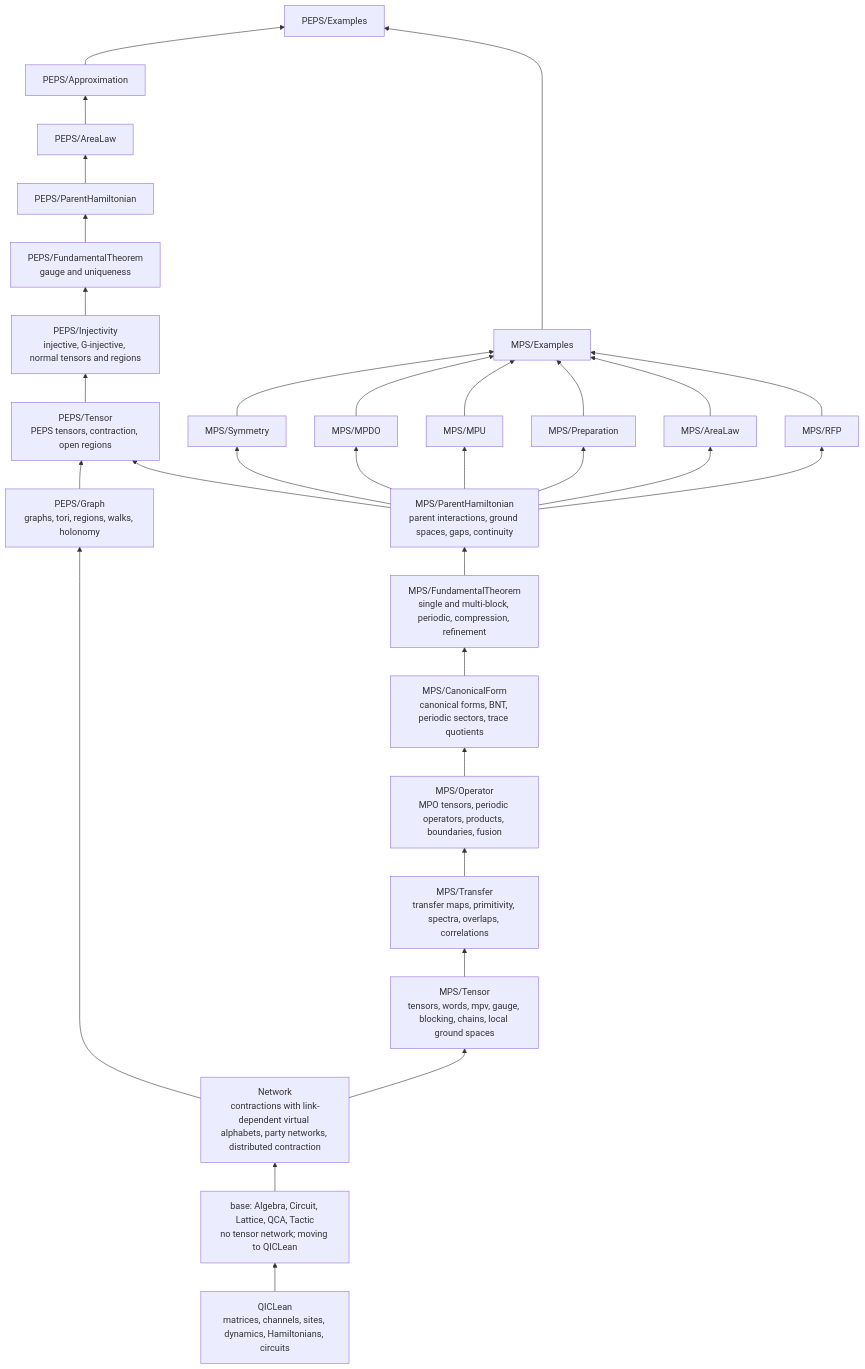
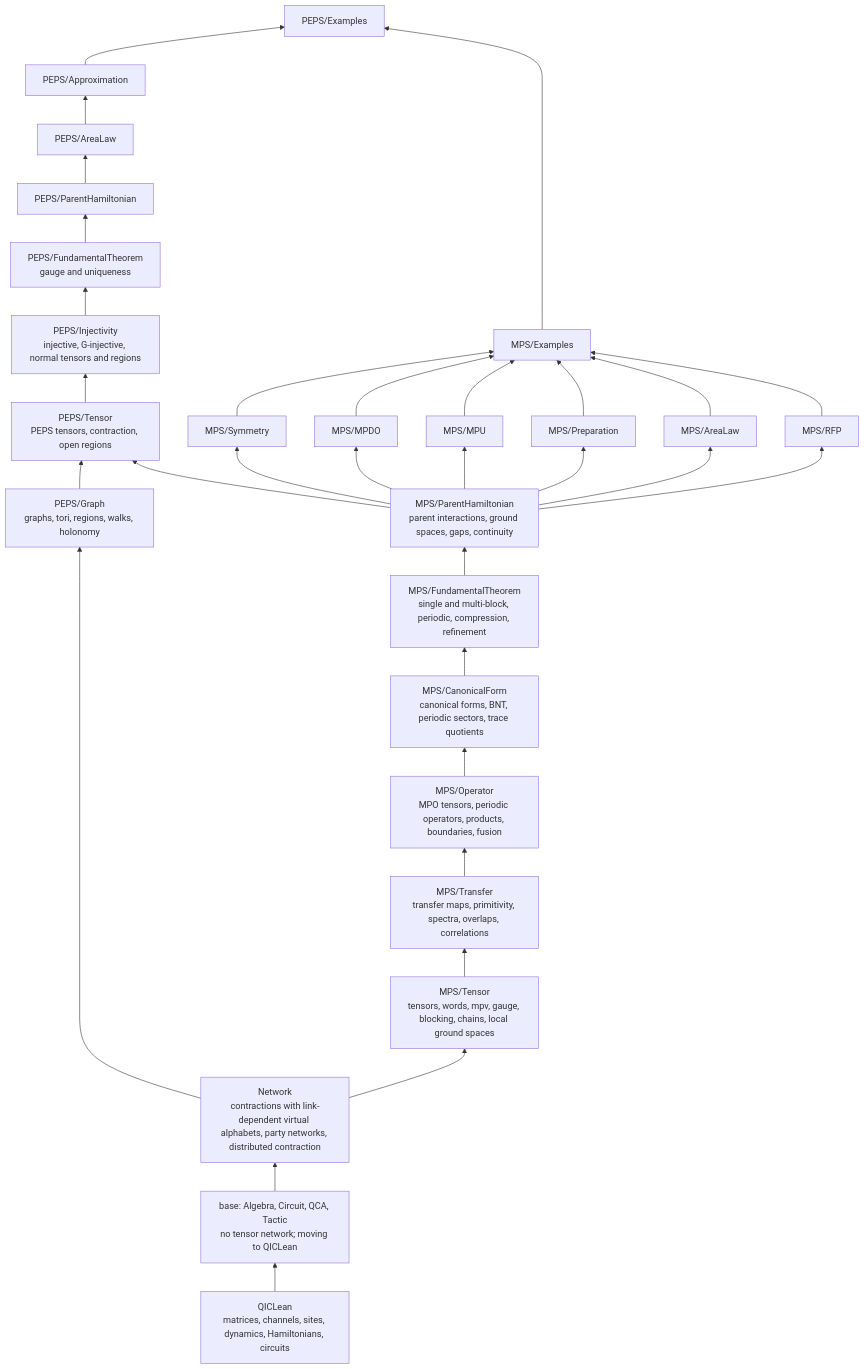
The diagram in docs/library_layers.md (LionSR/TNLean), drawn with Mermaid before and after one commit. The commit also changed other lines of this file and 6 other files, not shown here.

Commit message:
doc: TNLean/Lattice is gone; the party calculus is QICLean's

````diff
--- a/docs/library_layers.md
+++ b/docs/library_layers.md
@@ -91,43 +91,43 @@
 ```mermaid
 flowchart BT
   Q["QICLean<br/>matrices, channels, sites, dynamics, Hamiltonians, circuits"]
-  B["base: Algebra, Circuit, Lattice, QCA, Tactic<br/>no tensor network; moving to QICLean"]
+  B["base: Algebra, Circuit, QCA, Tactic<br/>no tensor network; moving to QICLean"]
   N["Network<br/>contractions with link-dependent virtual alphabets, party networks, distributed contraction"]
   T["MPS/Tensor<br/>tensors, words, mpv, gauge, blocking, chains, local ground spaces"]
   R["MPS/Transfer<br/>transfer maps, primitivity, spectra, overlaps, correlations"]
   O["MPS/Operator<br/>MPO tensors, periodic operators, products, boundaries, fusion"]
   C["MPS/CanonicalForm<br/>canonical forms, BNT, periodic sectors, trace quotients"]
   F["MPS/FundamentalTheorem<br/>single and multi-block, periodic, compression, refinement"]
   H["MPS/ParentHamiltonian<br/>parent interactions, ground spaces, gaps, continuity"]
   S["MPS/Symmetry"]
   D["MPS/MPDO"]
   U["MPS/MPU"]
   P["MPS/Preparation"]
   A["MPS/AreaLaw"]
   X["MPS/RFP"]
   E["MPS/Examples"]
   G["PEPS/Graph<br/>graphs, tori, regions, walks, holonomy"]
   PT["PEPS/Tensor<br/>PEPS tensors, contraction, open regions"]
   PI["PEPS/Injectivity<br/>injective, G-injective, normal tensors and regions"]
   PF["PEPS/FundamentalTheorem<br/>gauge and uniqueness"]
   PH["PEPS/ParentHamiltonian"]
   PA["PEPS/AreaLaw"]
   PP["PEPS/Approximation"]
   PE["PEPS/Examples"]
   Q --> B --> N --> T --> R --> O --> C --> F --> H
   H --> S
   H --> D
   H --> U
   H --> P
   H --> A
   H --> X
   S --> E
   D --> E
   U --> E
   P --> E
   A --> E
   X --> E
   N --> G --> PT --> PI --> PF --> PH --> PA --> PP --> PE
   H --> PT
   E --> PE
 ```
````
